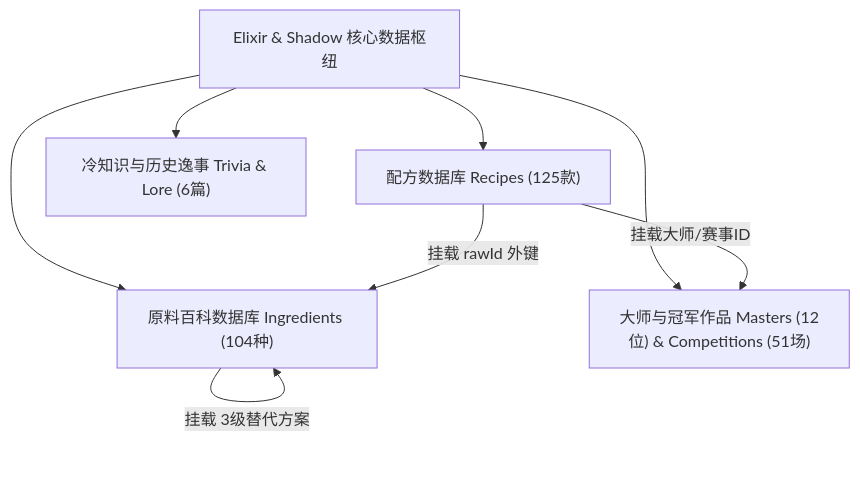
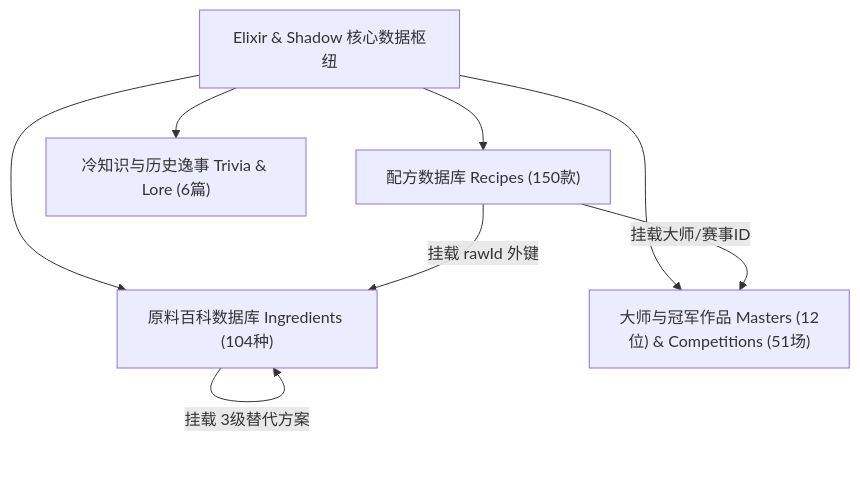
Before and after one commit to Kuhaku-win/Elixir-Shadow: the diagram in HANDOFF.md, drawn with Mermaid. The commit also changed other lines of this file and 6 other files, not shown here.

````diff
--- a/HANDOFF.md
+++ b/HANDOFF.md
@@ -27,11 +27,11 @@
 ```mermaid
 graph TD
-  A[Elixir & Shadow 核心数据枢纽] --> B["配方数据库 Recipes (125款)"]
+  A[Elixir & Shadow 核心数据枢纽] --> B["配方数据库 Recipes (150款)"]
   A --> C["原料百科数据库 Ingredients (104种)"]
   A --> D["大师与冠军作品 Masters (12位) & Competitions (51场)"]
   A --> E["冷知识与历史逸事 Trivia & Lore (6篇)"]
 
   B -- 挂载 rawId 外键 --> C
   C -- 挂载 3级替代方案 --> C
   B -- 挂载大师/赛事ID --> D
 ```
````
